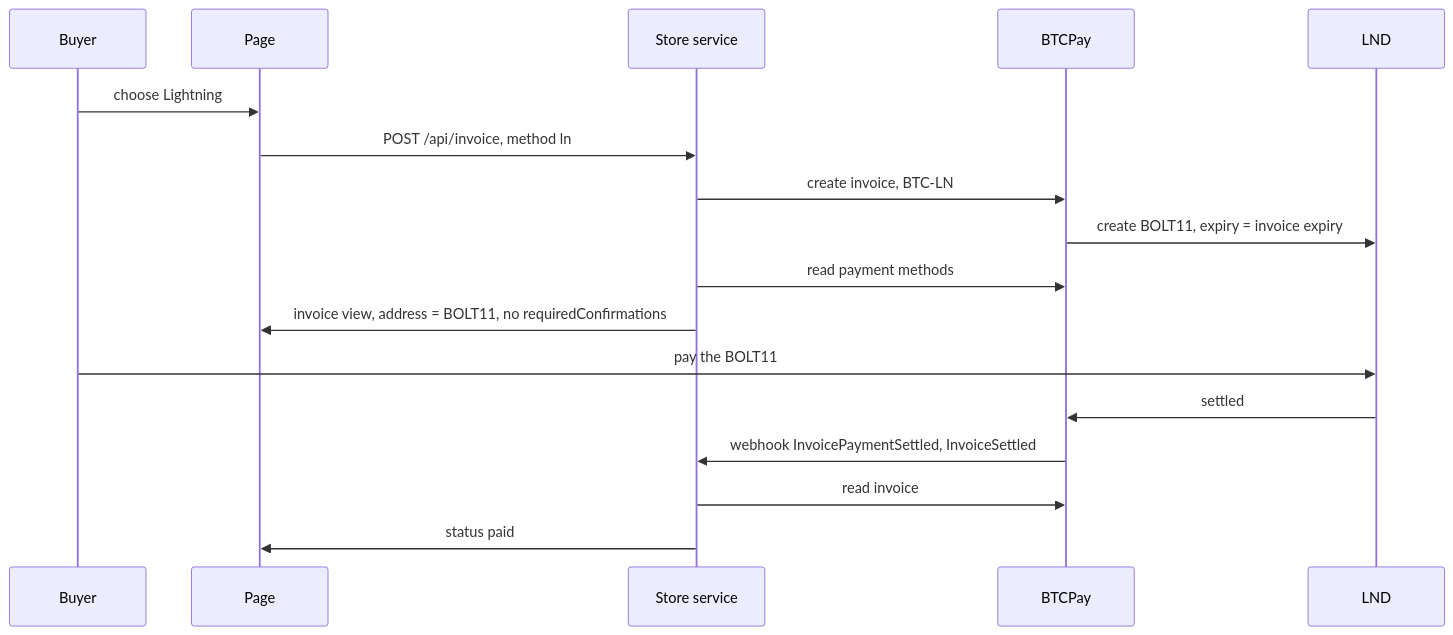
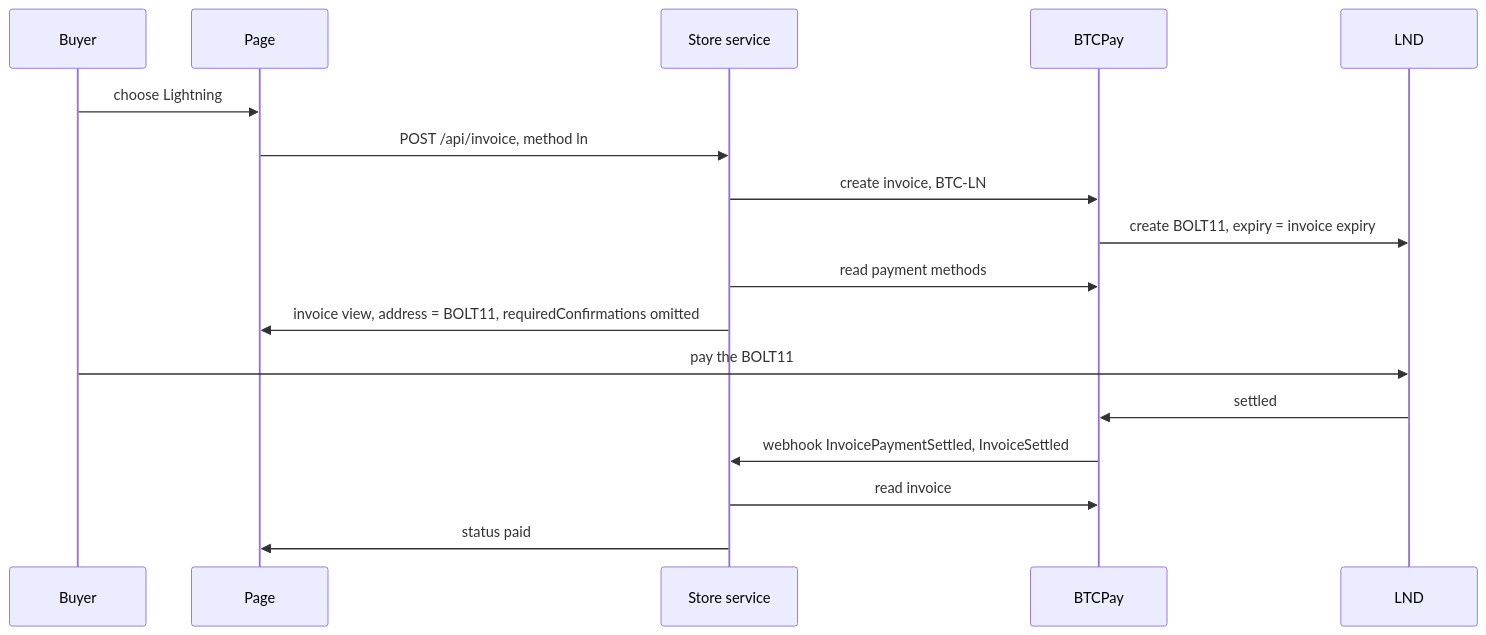
One commit to simplex-chat/simplex-chat changed the second of 3 diagrams in plans/2026-11-03-lightning-btcpay.md. Above: the diagram before and after it, drawn with Mermaid. The commit also changed other lines of this file, not shown here.

````diff
--- a/plans/2026-11-03-lightning-btcpay.md
+++ b/plans/2026-11-03-lightning-btcpay.md
@@ -37,19 +37,19 @@
 ```mermaid
 sequenceDiagram
   participant B as Buyer
   participant P as Page
   participant S as Store service
   participant G as BTCPay
   participant N as LND
   B->>P: choose Lightning
   P->>S: POST /api/invoice, method ln
   S->>G: create invoice, BTC-LN
   G->>N: create BOLT11, expiry = invoice expiry
   S->>G: read payment methods
-  S->>P: invoice view, address = BOLT11, no requiredConfirmations
+  S->>P: invoice view, address = BOLT11, requiredConfirmations omitted
   B->>N: pay the BOLT11
   N->>G: settled
   G->>S: webhook InvoicePaymentSettled, InvoiceSettled
   S->>G: read invoice
   S->>P: status paid
 ```
````
